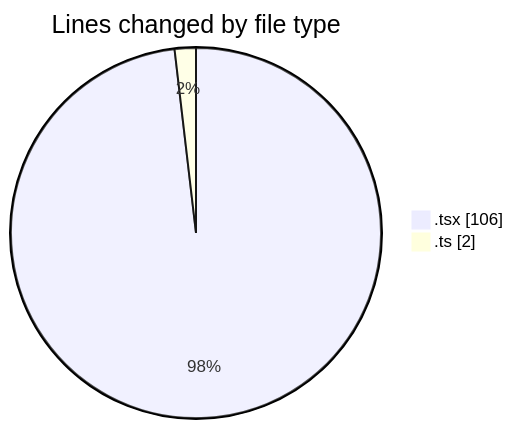
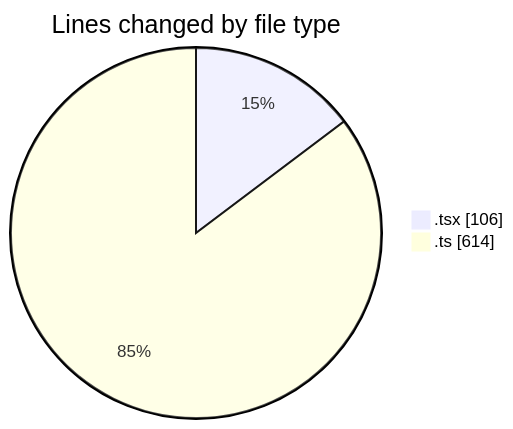
The first of 2 diagrams in 2026-05-18/nxtqube_webapp/README.md (nxtqubesakshisongat/code-tracking), drawn with Mermaid before and after one commit. The commit also changed other lines of this file and 1 other file, not shown here.

````diff
--- a/2026-05-18/nxtqube_webapp/README.md
+++ b/2026-05-18/nxtqube_webapp/README.md
@@ -22,6 +23,6 @@
 ```mermaid
 pie showData
 title Lines changed by file type
 ".tsx" : 106
-".ts" : 2
+".ts" : 614
 ```
````
